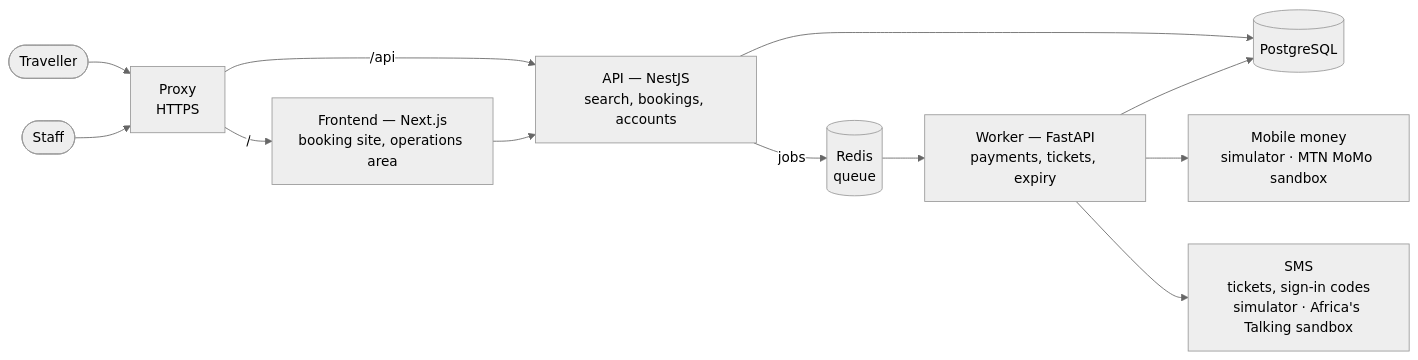
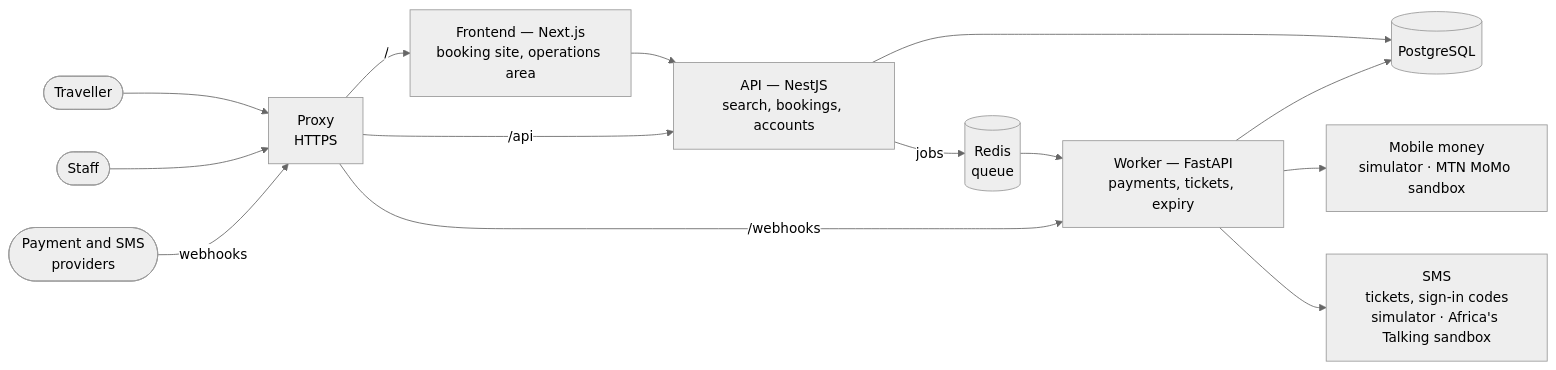
Before and after one commit to CREDO23/devops-lab: the diagram in README.md, drawn with Mermaid (neutral theme). The commit also changed other lines of this file and 7 other files, not shown here.

````diff
--- a/README.md
+++ b/README.md
@@ -9,14 +9,16 @@
 ```mermaid
 flowchart LR
     traveller([Traveller]) --> proxy[Proxy<br/>HTTPS]
     ops([Staff]) --> proxy
+    providers([Payment and SMS<br/>providers]) -->|webhooks| proxy
     proxy -->|/| web["Frontend — Next.js<br/>booking site, operations area"]
     proxy -->|/api| api["API — NestJS<br/>search, bookings, accounts"]
+    proxy -->|/webhooks| worker["Worker — FastAPI<br/>payments, tickets, expiry"]
     web --> api
     api --> db[("PostgreSQL")]
     api -->|jobs| queue[("Redis<br/>queue")]
-    queue --> worker["Worker — FastAPI<br/>payments, tickets, expiry"]
+    queue --> worker
     worker --> db
     worker --> pay[Mobile money<br/>simulator · MTN MoMo sandbox]
     worker --> sms[SMS<br/>tickets, sign-in codes<br/>simulator · Africa's Talking sandbox]
 ```
````
